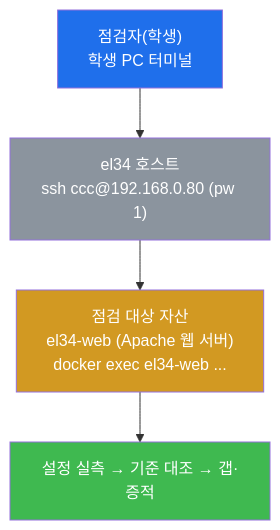
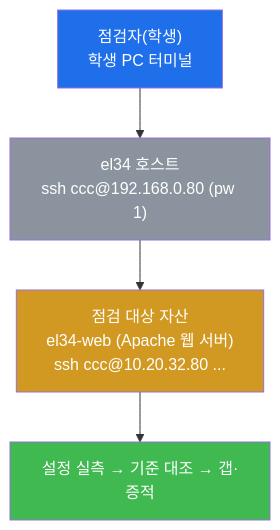
The eighth of 10 diagrams in contents/training/compliance/lecture_week01.md (mrgrit/tw2), drawn with Mermaid before and after one commit. The commit also changed other lines of this file and 29 other files, not shown here.

````diff
--- a/contents/training/compliance/lecture_week01.md
+++ b/contents/training/compliance/lecture_week01.md
@@ -610,12 +610,12 @@
 ```mermaid
 graph TD
     AUDITOR["점검자(학생)<br/>학생 PC 터미널"]
     HOST["el34 호스트<br/>ssh ccc@192.168.0.80 (pw 1)"]
-    WEB["점검 대상 자산<br/>el34-web (Apache 웹 서버)<br/>docker exec el34-web ..."]
+    WEB["점검 대상 자산<br/>el34-web (Apache 웹 서버)<br/>ssh ccc@10.20.32.80 ..."]
     CHECK["설정 실측 → 기준 대조 → 갭·증적"]
     AUDITOR --> HOST --> WEB --> CHECK
     style AUDITOR fill:#1f6feb,color:#fff
     style HOST fill:#8b949e,color:#fff
     style WEB fill:#d29922,color:#fff
     style CHECK fill:#3fb950,color:#fff
 ```
````
